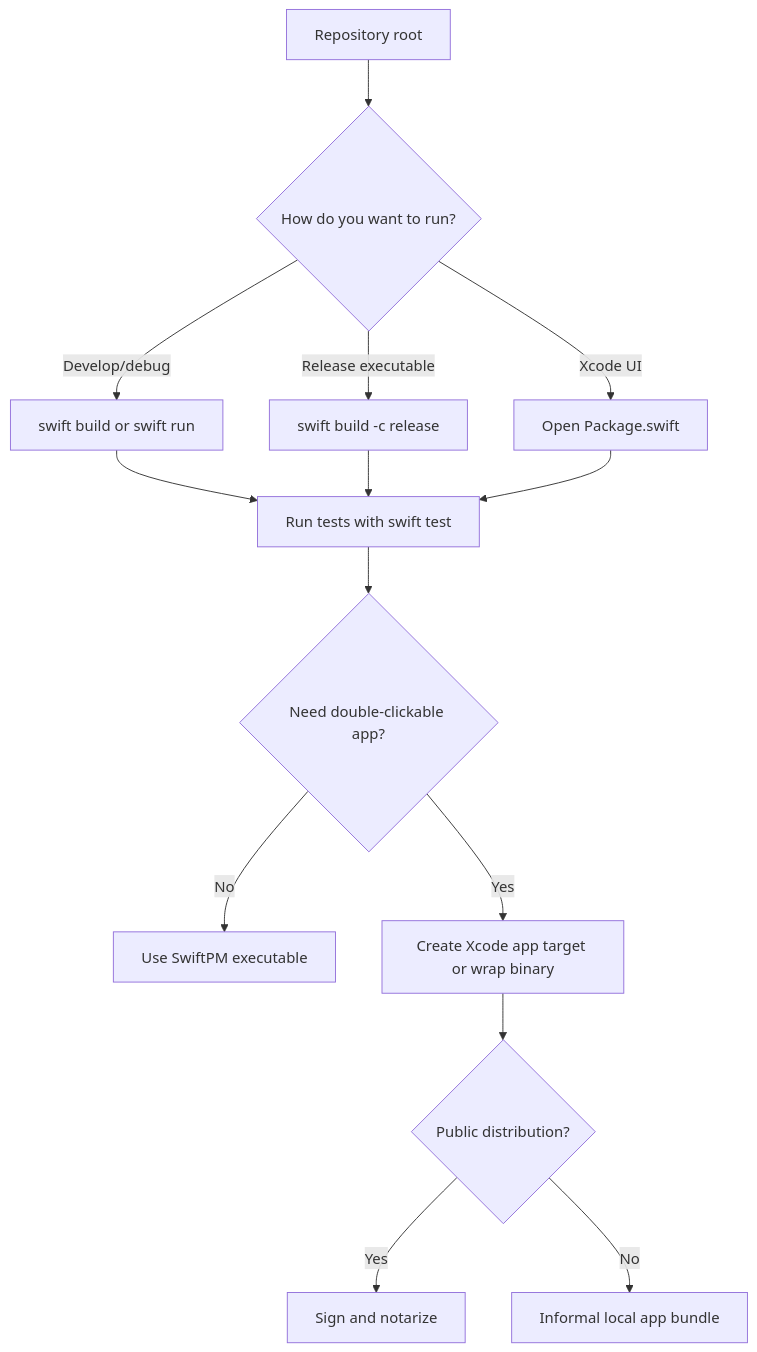
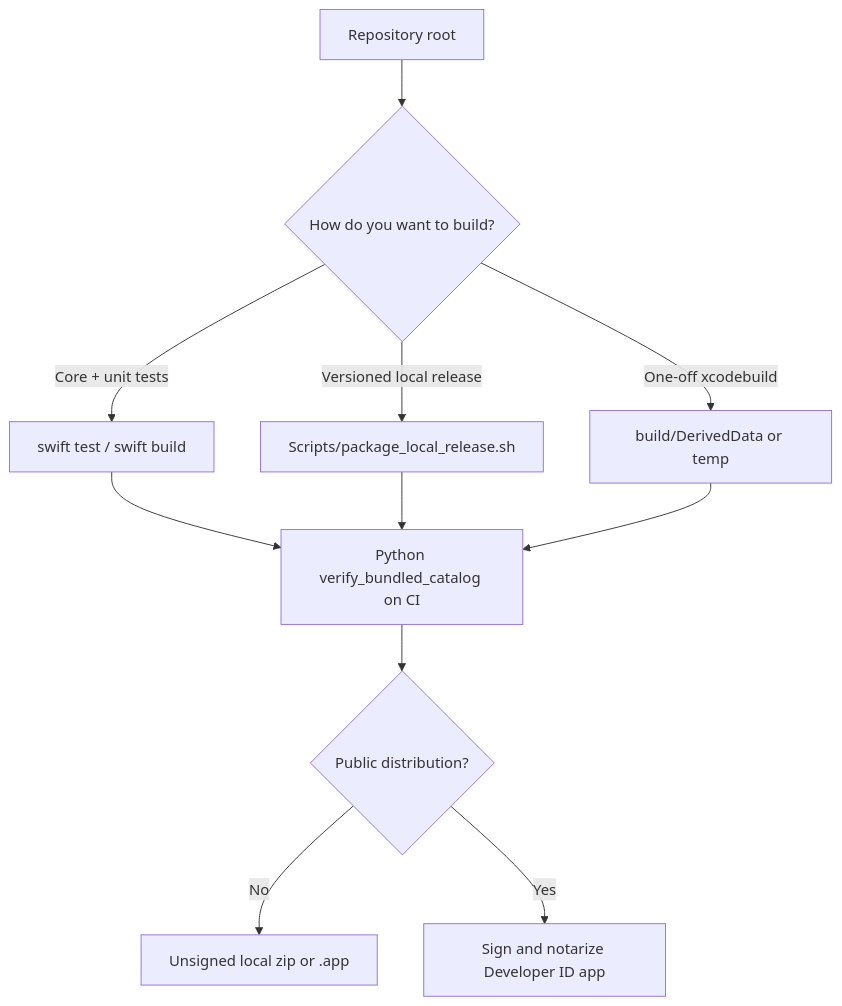
One commit to roto31/Mister-Rogers-Episode-Renamer changed the diagram in BUILD_GUIDE.md. Above: the diagram before and after it, drawn with Mermaid. The commit also changed other lines of this file and 15 other files, not shown here.

Commit message:
Add MacApp Xcode project and align CI with self-hosted runners.

````diff
--- a/BUILD_GUIDE.md
+++ b/BUILD_GUIDE.md
@@ -30,16 +69,13 @@
 ```mermaid
 flowchart TD
-    A[Repository root] --> B{How do you want to run?}
-    B -->|Develop/debug| C[swift build or swift run]
-    B -->|Release executable| D[swift build -c release]
-    B -->|Xcode UI| E[Open Package.swift]
-    C --> F[Run tests with swift test]
+    A[Repository root] --> B{How do you want to build?}
+    B -->|Core + unit tests| C[swift test / swift build]
+    B -->|Versioned local release| D[Scripts/package_local_release.sh]
+    B -->|One-off xcodebuild| E[build/DerivedData or temp]
+    C --> F[Python verify_bundled_catalog on CI]
     D --> F
     E --> F
-    F --> G{Need double-clickable app?}
-    G -->|No| H[Use SwiftPM executable]
-    G -->|Yes| I[Create Xcode app target or wrap binary]
-    I --> J{Public distribution?}
-    J -->|Yes| K[Sign and notarize]
-    J -->|No| L[Informal local app bundle]
+    F --> G{Public distribution?}
+    G -->|No| H[Unsigned local zip or .app]
+    G -->|Yes| I[Sign and notarize Developer ID app]
 ```
````
